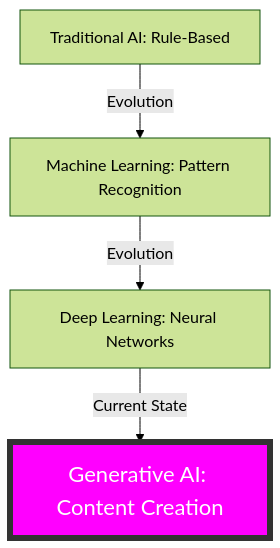
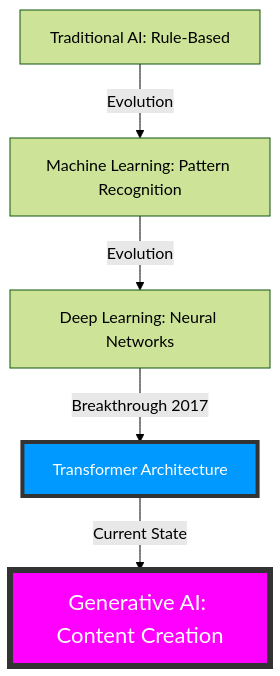
The fourth of 4 diagrams in Day1_Intro_to_GenAI.md (parimargu/learn-generative-ai-in-101-days-genai-for-beginners), drawn with Mermaid (forest theme) before and after one commit. The commit also changed other lines of this file and 1 other file, not shown here.

Commit message:
Third updated content of Day 1: Introduction to Generative AI

````diff
--- a/Day1_Intro_to_GenAI.md
+++ b/Day1_Intro_to_GenAI.md
@@ -101,8 +113,10 @@
 ```mermaid
 graph TD
     A[Traditional AI: Rule-Based] -->|Evolution| B[Machine Learning: Pattern Recognition]
     B -->|Evolution| C[Deep Learning: Neural Networks]
-    C -->|Current State| D[Generative AI: Content Creation]
+    C -->|Breakthrough 2017| T[Transformer Architecture]
+    T -->|Current State| D[Generative AI: Content Creation]
 
     style D fill:#f0f,stroke:#333,stroke-width:6px,color:#fff,font-size:22px
+    style T fill:#09f,stroke:#333,stroke-width:4px,color:#fff,font-size:16px
 ```
````
